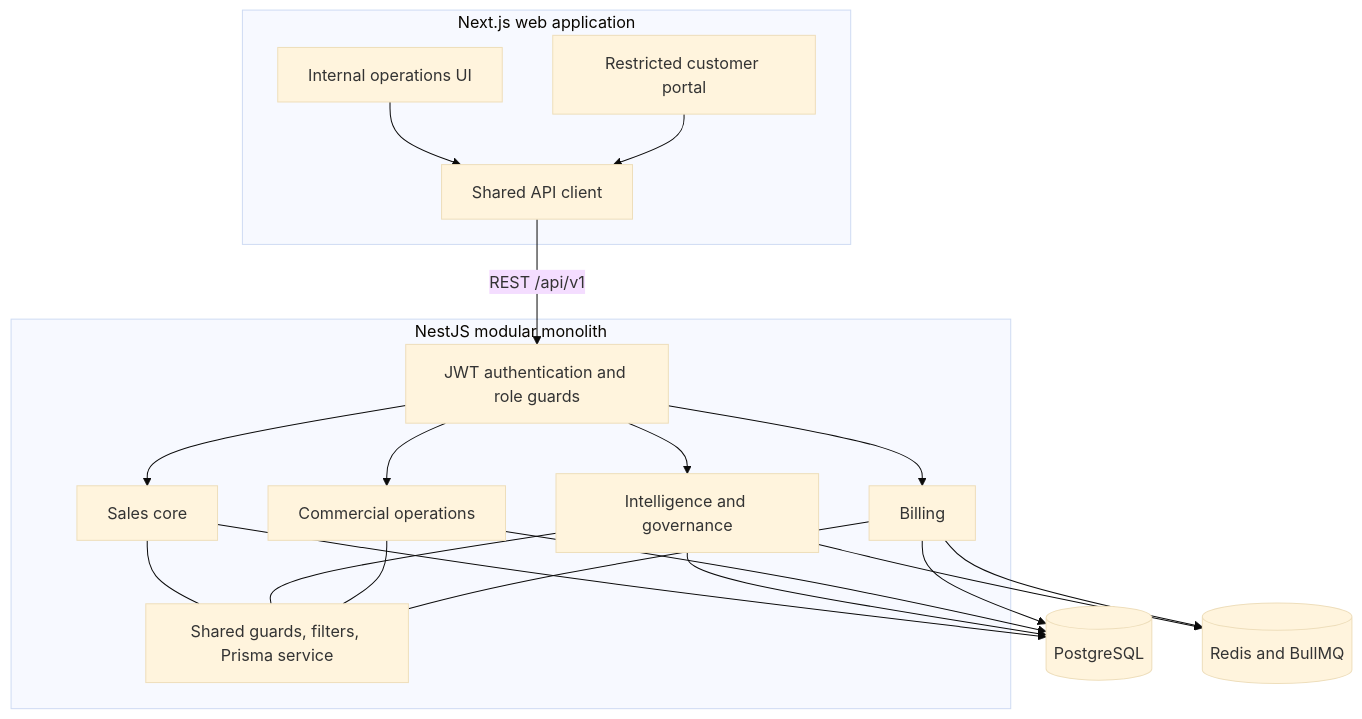
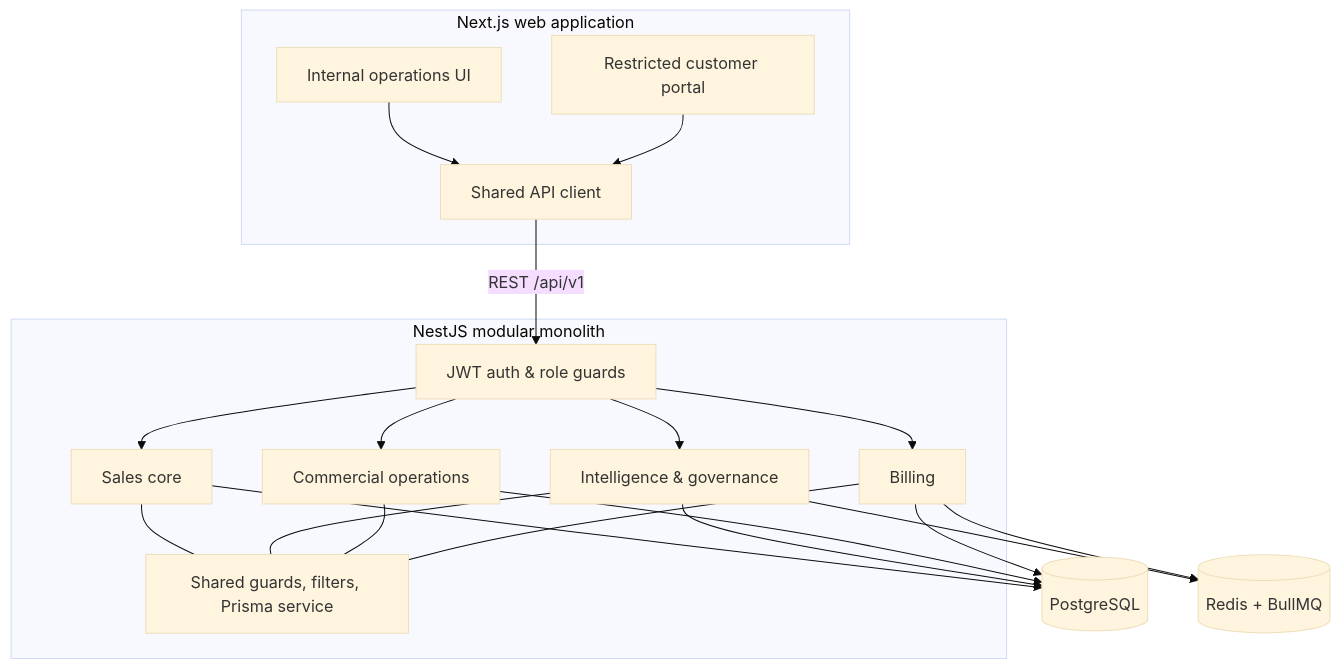
Before and after one commit to RushilParikh06/DealFlow360: the second of 3 diagrams in README.md, drawn with Mermaid (base theme). The commit also changed other lines of this file, not shown here.

````diff
--- a/README.md
+++ b/README.md
@@ -102,31 +149,31 @@
 ```mermaid
 flowchart TB
     subgraph Web[Next.js web application]
         Internal[Internal operations UI]
         Portal[Restricted customer portal]
         Client[Shared API client]
         Internal --> Client
         Portal --> Client
     end
 
-    Client -->|REST /api/v1| Guards[JWT authentication and role guards]
+    Client -->|REST /api/v1| Guards[JWT auth & role guards]
 
     subgraph API[NestJS modular monolith]
         Guards --> B1[Sales core]
-        Guards --> B2[Intelligence and governance]
+        Guards --> B2[Intelligence & governance]
         Guards --> B3[Commercial operations]
         Guards --> Billing[Billing]
         Shared[Shared guards, filters, Prisma service]
         B1 --- Shared
         B2 --- Shared
         B3 --- Shared
         Billing --- Shared
     end
 
     B1 --> DB[(PostgreSQL)]
     B2 --> DB
     B3 --> DB
     Billing --> DB
-    B2 --> Queue[(Redis and BullMQ)]
+    B2 --> Queue[(Redis + BullMQ)]
     Billing --> Queue
 ```
````
